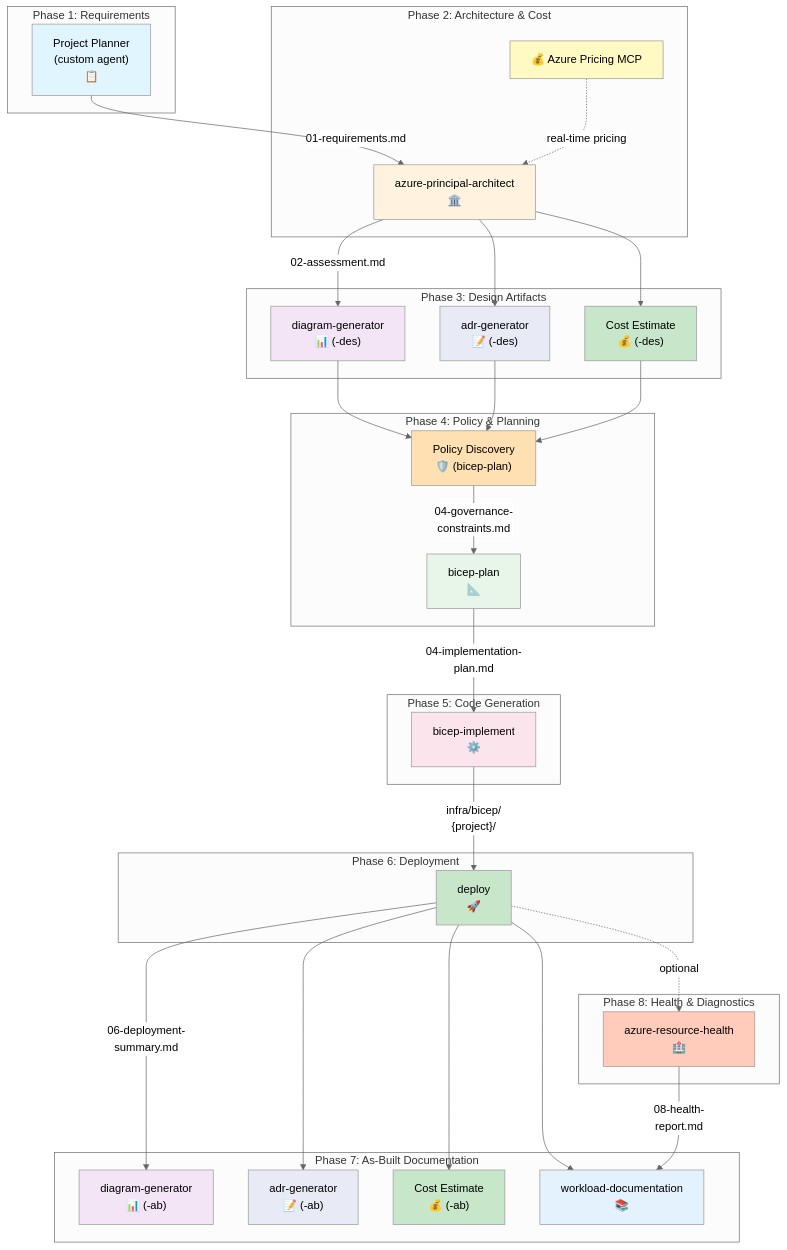
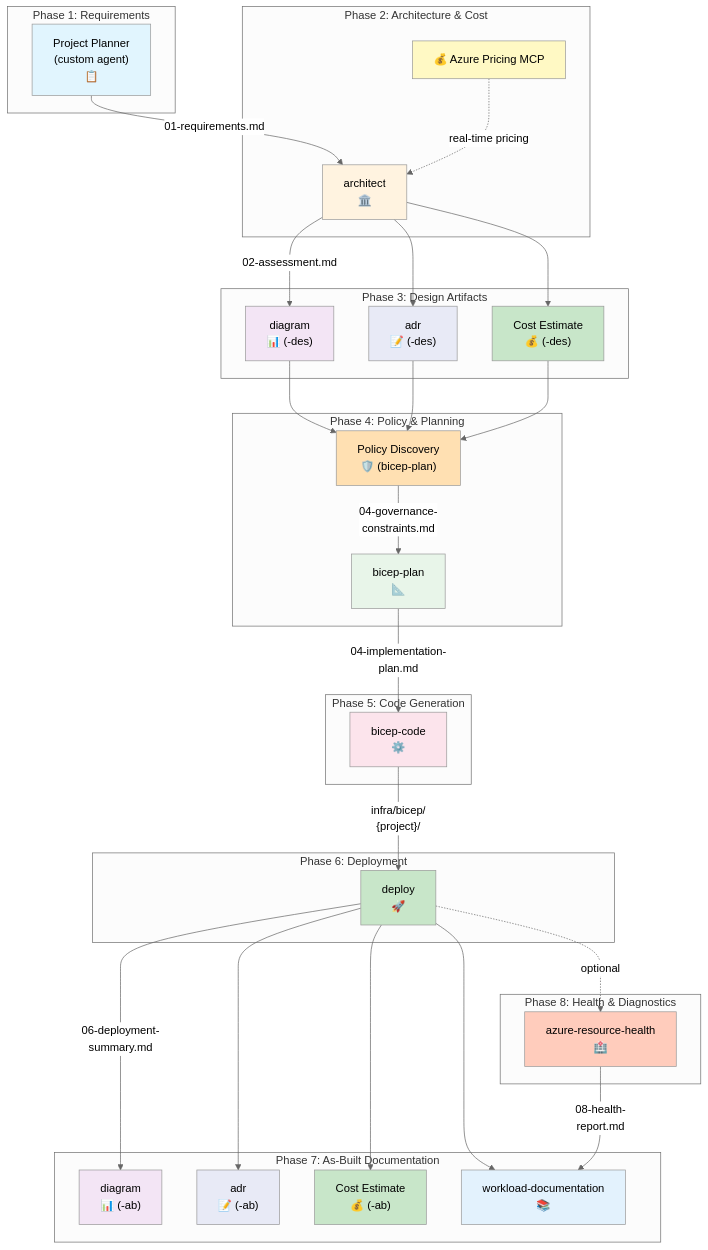
One commit to SmitaCnovate/azure-agentic-infraops changed the diagram in docs/_superseded/reference/agents-overview.md. Above: the diagram before and after it, drawn with Mermaid. The commit also changed other lines of this file and 102 other files, not shown here.

````diff
--- a/docs/_superseded/reference/agents-overview.md
+++ b/docs/_superseded/reference/agents-overview.md
@@ -26,76 +26,76 @@
 ```mermaid
 %%{init: {'theme':'neutral'}}%%
 graph TB
     subgraph "Phase 1: Requirements"
         P["Project Planner<br/>(custom agent)<br/>📋"]
     end
 
     subgraph "Phase 2: Architecture & Cost"
-        A["azure-principal-architect<br/>🏛️"]
+        A["architect<br/>🏛️"]
         MCP["💰 Azure Pricing MCP"]
     end
 
     subgraph "Phase 3: Design Artifacts"
-        D["diagram-generator<br/>📊 (-des)"]
-        ADR1["adr-generator<br/>📝 (-des)"]
+        D["diagram<br/>📊 (-des)"]
+        ADR1["adr<br/>📝 (-des)"]
         COST["Cost Estimate<br/>💰 (-des)"]
     end
 
     subgraph "Phase 4: Policy & Planning"
         POL["Policy Discovery<br/>🛡️ (bicep-plan)"]
         B["bicep-plan<br/>📐"]
     end
 
     subgraph "Phase 5: Code Generation"
-        I["bicep-implement<br/>⚙️"]
+        I["bicep-code<br/>⚙️"]
     end
 
     subgraph "Phase 6: Deployment"
         DEP["deploy<br/>🚀"]
     end
 
     subgraph "Phase 7: As-Built Documentation"
-        D2["diagram-generator<br/>📊 (-ab)"]
-        ADR2["adr-generator<br/>📝 (-ab)"]
+        D2["diagram<br/>📊 (-ab)"]
+        ADR2["adr<br/>📝 (-ab)"]
         COST2["Cost Estimate<br/>💰 (-ab)"]
         WL["workload-documentation<br/>📚"]
     end
 
     subgraph "Phase 8: Health & Diagnostics"
         DIAG["azure-resource-health<br/>🏥"]
     end
 
     P -->|"01-requirements.md"| A
     MCP -.->|"real-time pricing"| A
     A -->|"02-assessment.md"| D
     A --> ADR1
     A --> COST
     D --> POL
     ADR1 --> POL
     COST --> POL
     POL -->|"04-governance-<br/>constraints.md"| B
     B -->|"04-implementation-<br/>plan.md"| I
     I -->|"infra/bicep/<br/>{project}/"| DEP
     DEP -->|"06-deployment-<br/>summary.md"| D2
     DEP --> ADR2
     DEP --> COST2
     DEP --> WL
     DEP -.->|"optional"| DIAG
     DIAG -->|"08-health-<br/>report.md"| WL
 
     style P fill:#e1f5fe
     style A fill:#fff3e0
     style MCP fill:#fff9c4
     style D fill:#f3e5f5
     style ADR1 fill:#e8eaf6
     style COST fill:#c8e6c9
     style POL fill:#ffe0b2
     style B fill:#e8f5e9
     style I fill:#fce4ec
     style DEP fill:#c8e6c9
     style D2 fill:#f3e5f5
     style ADR2 fill:#e8eaf6
     style COST2 fill:#c8e6c9
     style WL fill:#e3f2fd
     style DIAG fill:#ffccbc
 ```
````
